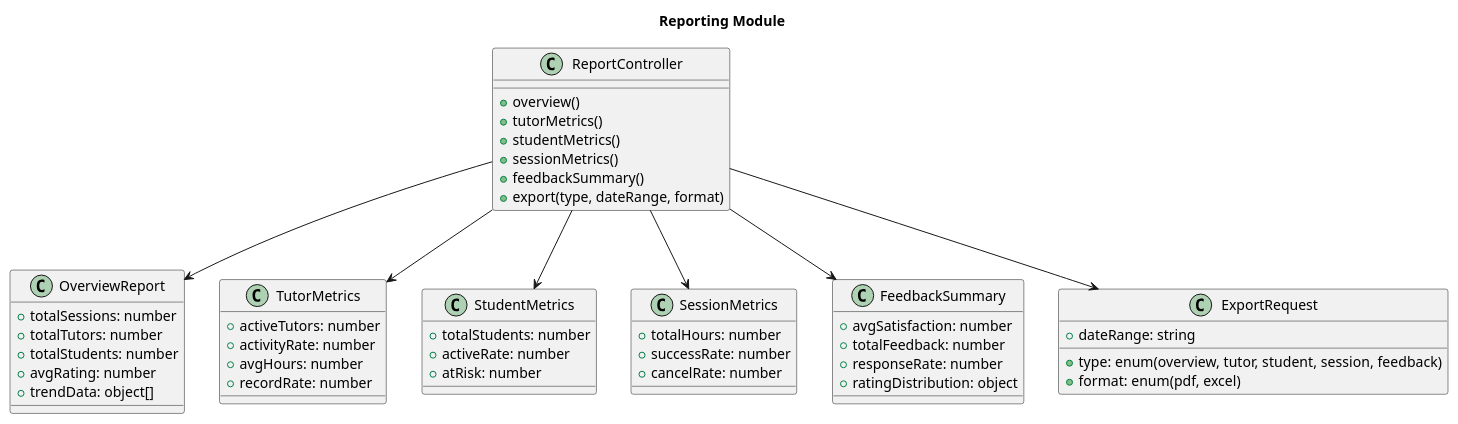
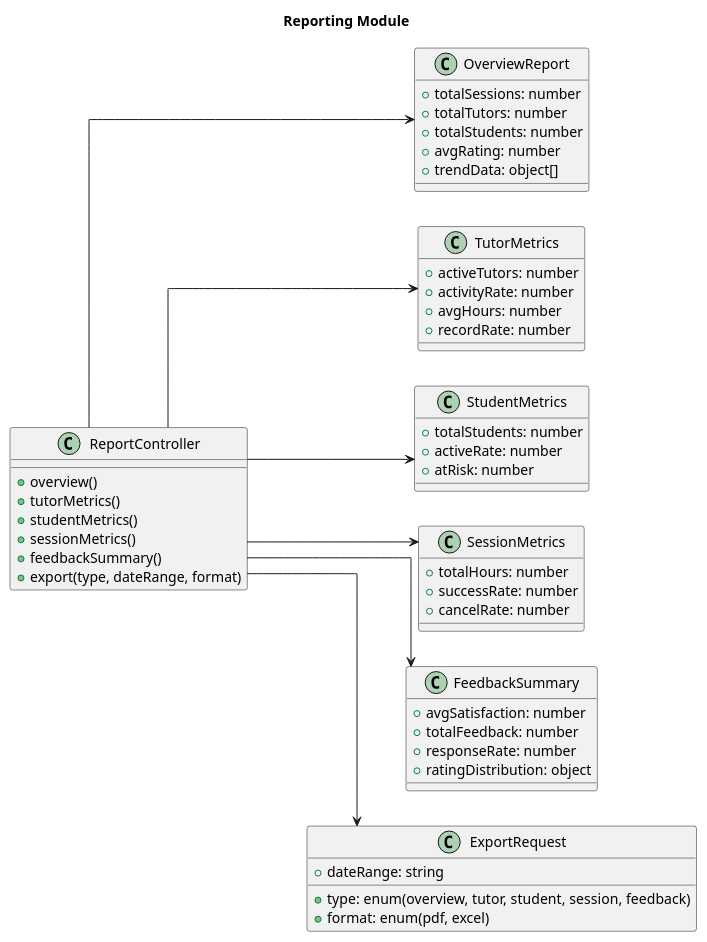
The diagram in diagrams/reports.puml (CmnguyenK106/Design_Framework), drawn with PlantUML before and after one commit. The commit also changed 15 other files, not shown here.

Commit message:
docs: tidy class diagrams with ortho routing

```diff
--- a/diagrams/reports.puml
+++ b/diagrams/reports.puml
@@ -1,60 +1,62 @@
 @startuml
 title Reporting Module
+left to right direction
+skinparam linetype ortho
 
 class ReportController {
   +overview()
   +tutorMetrics()
   +studentMetrics()
   +sessionMetrics()
   +feedbackSummary()
   +export(type, dateRange, format)
 }
 
 class OverviewReport {
   +totalSessions: number
   +totalTutors: number
   +totalStudents: number
   +avgRating: number
   +trendData: object[]
 }
 
 class TutorMetrics {
   +activeTutors: number
   +activityRate: number
   +avgHours: number
   +recordRate: number
 }
 
 class StudentMetrics {
   +totalStudents: number
   +activeRate: number
   +atRisk: number
 }
 
 class SessionMetrics {
   +totalHours: number
   +successRate: number
   +cancelRate: number
 }
 
 class FeedbackSummary {
   +avgSatisfaction: number
   +totalFeedback: number
   +responseRate: number
   +ratingDistribution: object
 }
 
 class ExportRequest {
   +type: enum(overview, tutor, student, session, feedback)
   +dateRange: string
   +format: enum(pdf, excel)
 }
 
 ReportController --> OverviewReport
 ReportController --> TutorMetrics
 ReportController --> StudentMetrics
 ReportController --> SessionMetrics
 ReportController --> FeedbackSummary
 ReportController --> ExportRequest
 
 @enduml
```
